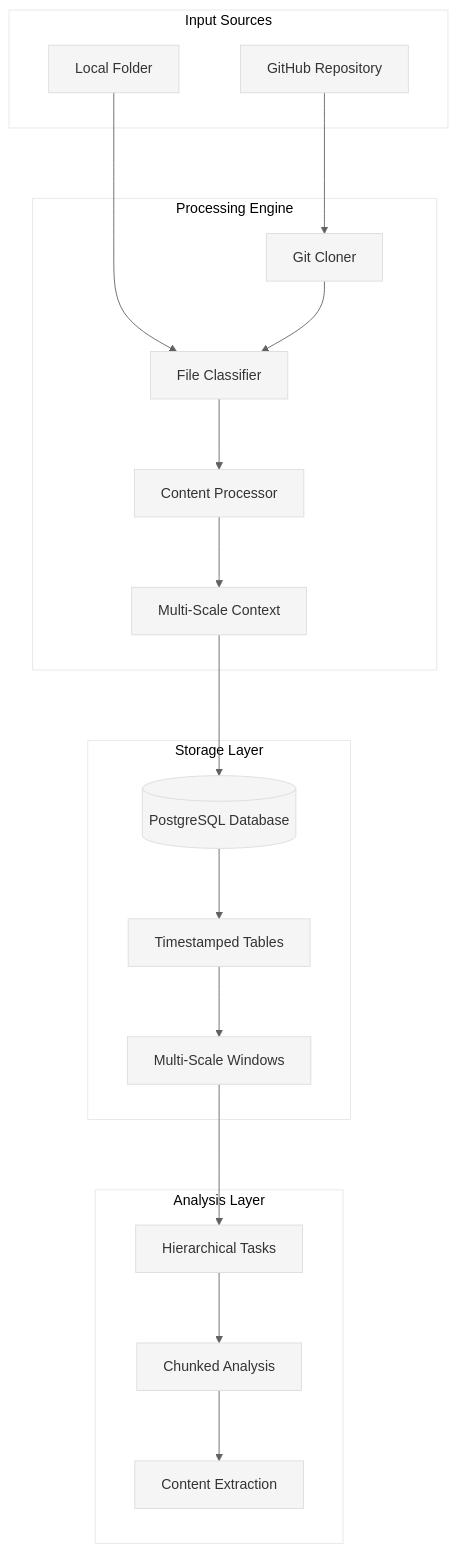
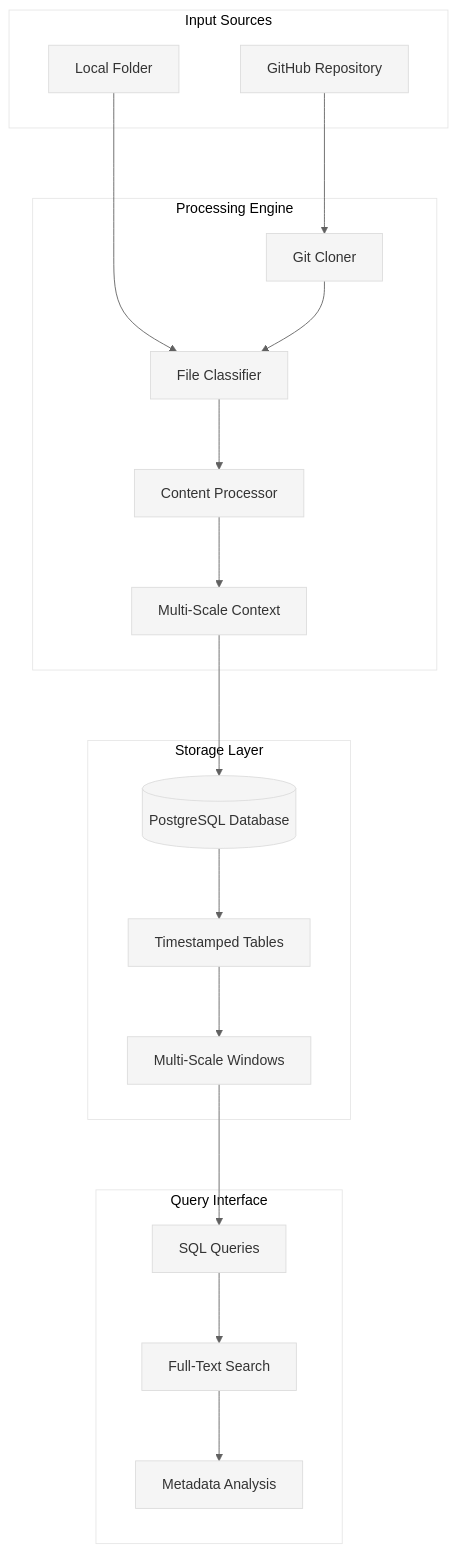
One commit to that-in-rust/pensieve-local-llm-server changed the first of 3 diagrams in README.md. Above: the diagram before and after it, drawn with Mermaid. The commit also changed other lines of this file and 3 other files, not shown here.

````diff
--- a/README.md
+++ b/README.md
@@ -20,57 +17,57 @@
 ```mermaid
 %%{init: {
   "theme": "base",
   "themeVariables": {
     "primaryColor": "#F5F5F5",
     "secondaryColor": "#E0E0E0",
     "lineColor": "#616161",
     "textColor": "#212121",
     "fontSize": "16px",
     "fontFamily": "Helvetica, Arial, sans-serif"
   },
   "flowchart": {
     "nodeSpacing": 70,
     "rankSpacing": 80,
     "wrappingWidth": 160,
     "curve": "basis"
   },
   "useMaxWidth": false
 }}%%
 
 flowchart TD
     subgraph "Input Sources"
         A[GitHub Repository]
         B[Local Folder]
     end
     
     subgraph "Processing Engine"
         C[Git Cloner]
         D[File Classifier]
         E[Content Processor]
         F[Multi-Scale Context]
     end
     
     subgraph "Storage Layer"
         G[(PostgreSQL Database)]
         H[Timestamped Tables]
         I[Multi-Scale Windows]
     end
     
-    subgraph "Analysis Layer"
-        J[Hierarchical Tasks]
-        K[Chunked Analysis]
-        L[Content Extraction]
+    subgraph "Query Interface"
+        J[SQL Queries]
+        K[Full-Text Search]
+        L[Metadata Analysis]
     end
     
     A --> C
     B --> D
     C --> D
     D --> E
     E --> F
     F --> G
     G --> H
     H --> I
     I --> J
     J --> K
     K --> L
 ```
````
